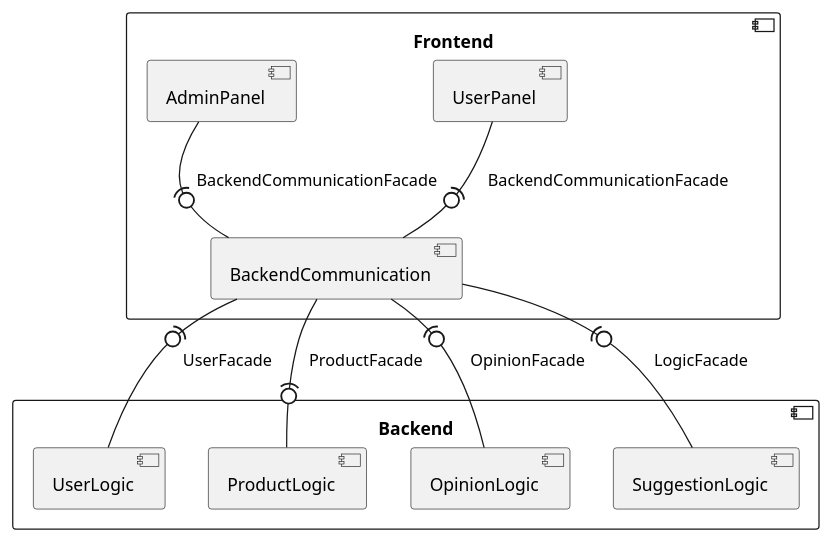
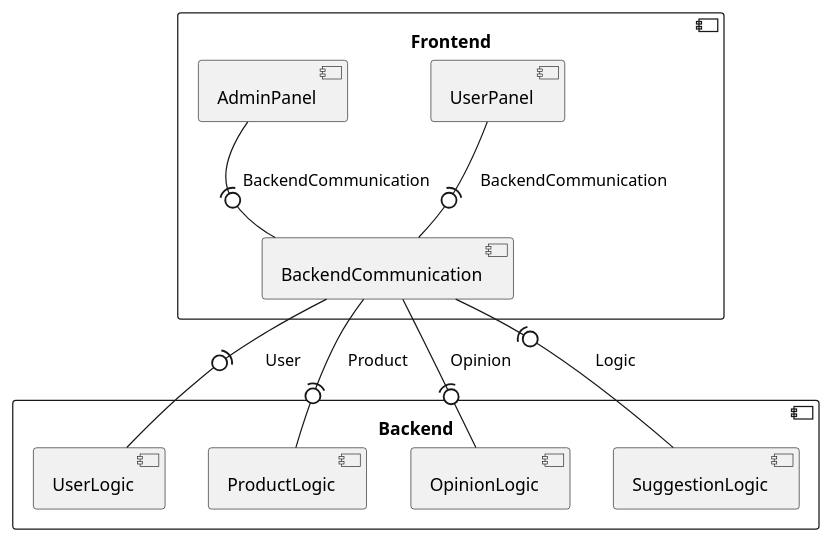
Before and after one commit to RadekBucki/OpinionCollectorArchitecture: the diagram in frontend/Frontend.md, drawn with PlantUML. The commit also changed 6 other files, not shown here.

````diff
--- a/frontend/Frontend.md
+++ b/frontend/Frontend.md
@@ -3,36 +3,36 @@
 ```plantuml
 @startuml
     
 component Frontend {
     component UserPanel {
     }
     
     component AdminPanel {
     }
     
     component BackendCommunication {
     }
 }
 
 component Backend {
     component UserLogic {
     }
     component ProductLogic {
     }
     component OpinionLogic {
     }
     component SuggestionLogic {
     
 }
 
 
-BackendCommunication  -(0- UserLogic       : UserFacade
-BackendCommunication  -(0- ProductLogic    : ProductFacade
-BackendCommunication  -(0- OpinionLogic    : OpinionFacade
-BackendCommunication  -(0- SuggestionLogic : LogicFacade
+BackendCommunication  -(0- UserLogic       : User
+BackendCommunication  -(0- ProductLogic    : Product
+BackendCommunication  -(0- OpinionLogic    : Opinion
+BackendCommunication  -(0- SuggestionLogic : Logic
 
-UserPanel            -(0-  BackendCommunication : BackendCommunicationFacade
-AdminPanel           -(0-  BackendCommunication : BackendCommunicationFacade
+UserPanel            -(0-  BackendCommunication : BackendCommunication
+AdminPanel           -(0-  BackendCommunication : BackendCommunication
 
 @enduml 
 ```
````
